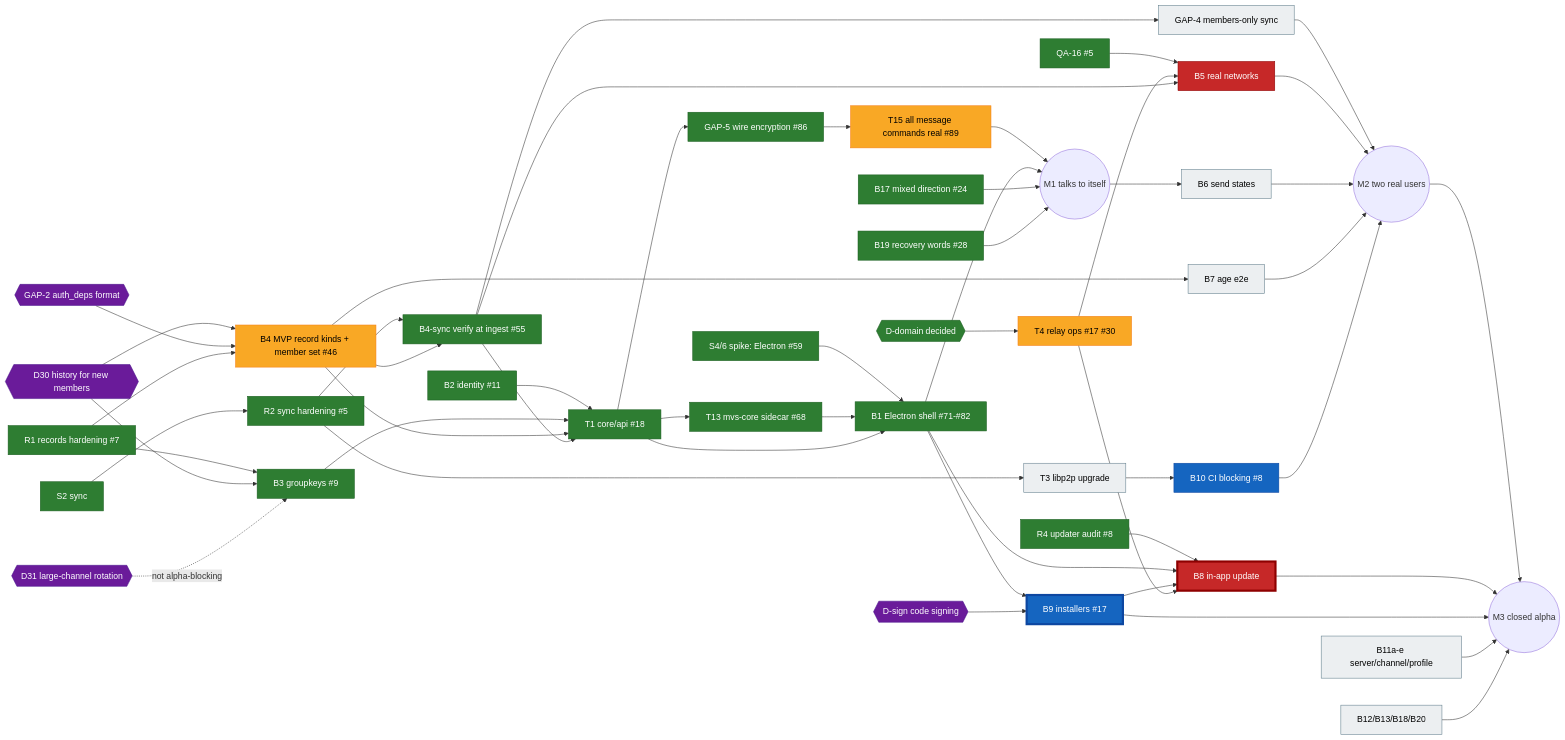
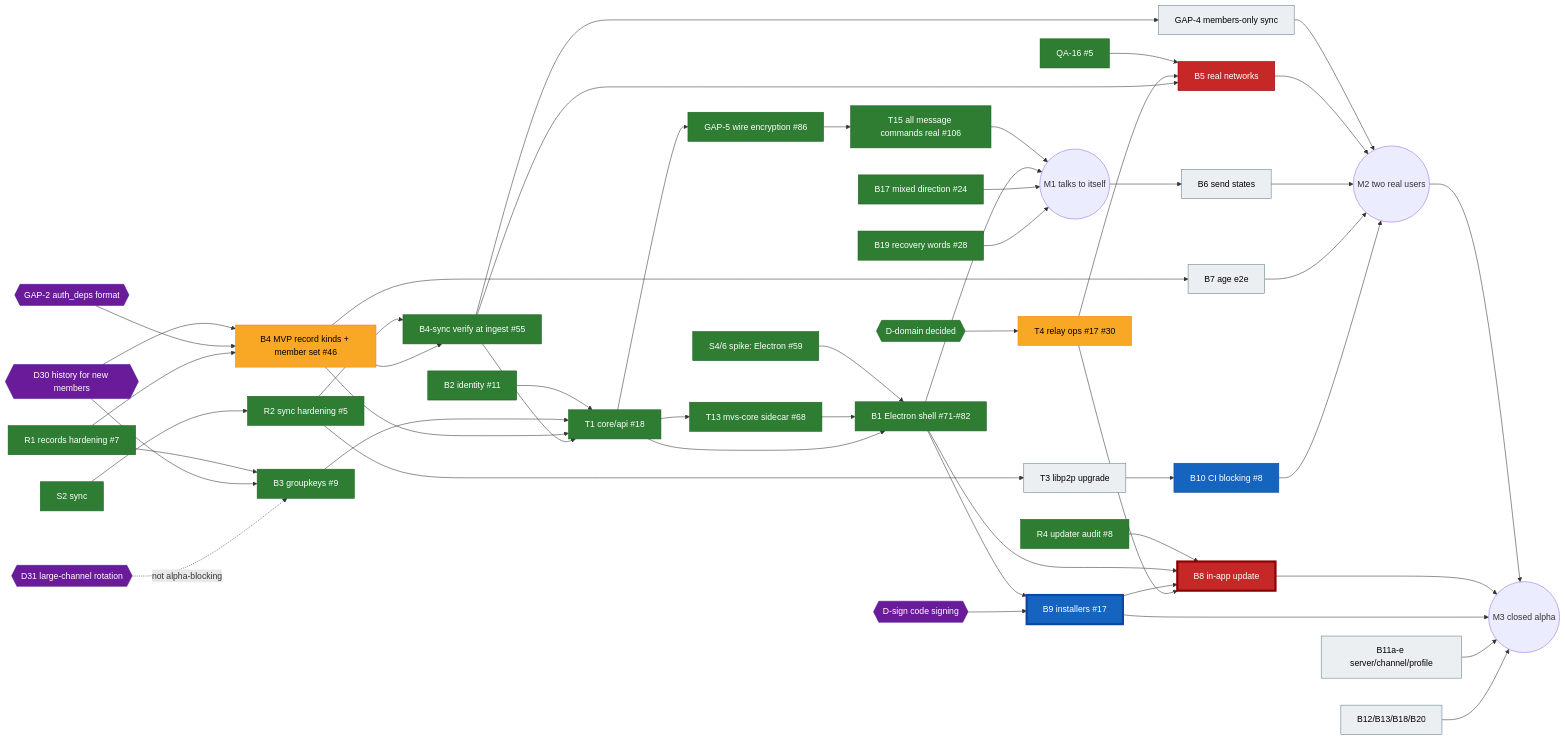
Before and after one commit to moranmoa/MVP: the diagram in docs/BOARD.md, drawn with Mermaid. The commit also changed other lines of this file, not shown here.

````diff
--- a/docs/BOARD.md
+++ b/docs/BOARD.md
@@ -178,61 +178,61 @@
 ```mermaid
 graph LR
   classDef done fill:#2e7d32,color:#fff,stroke:#1b5e20
   classDef review fill:#1565c0,color:#fff,stroke:#0d47a1
   classDef prog fill:#f9a825,color:#000,stroke:#f57f17
   classDef blocked fill:#c62828,color:#fff,stroke:#8e0000
   classDef todo fill:#eceff1,color:#000,stroke:#607d8b
   classDef decision fill:#6a1b9a,color:#fff,stroke:#4a148c
   classDef crit stroke-width:4px
 
   R1[R1 records hardening #7]:::done
   S2[S2 sync]:::done --> R2[R2 sync hardening #5]:::done
   B2[B2 identity #11]:::done
   R1 --> B3[B3 groupkeys #9]:::done
   D30{{D30 history for new members}}:::decision --> B3
   D30 --> B4
   D31{{D31 large-channel rotation}}:::decision -. not alpha-blocking .-> B3
   GAP2{{GAP-2 auth_deps format}}:::decision --> B4
   R1 --> B4[B4 MVP record kinds + member set #46]:::prog
   R2 --> B4S[B4-sync verify at ingest #55]:::done
   B4 --> B4S
   B2 --> T1[T1 core/api #18]:::done
   B3 --> T1
   B4 --> T1
   B4S --> T1
   T1 --> G5[GAP-5 wire encryption #86]:::done
   S46[S4/6 spike: Electron #59]:::done --> B1[B1 Electron shell #71-#82]:::done
   T1 --> T13[T13 mvs-core sidecar #68]:::done --> B1
   T1 --> B1
-  G5 --> T15[T15 all message commands real #89]:::prog --> M1((M1 talks to itself))
+  G5 --> T15[T15 all message commands real #106]:::done --> M1((M1 talks to itself))
   B1 --> M1
   B17[B17 mixed direction #24]:::done --> M1
   B19[B19 recovery words #28]:::done --> M1
 
   QA16[QA-16 #5]:::done --> B5
   DD{{D-domain decided}}:::done --> T4[T4 relay ops #17 #30]:::prog
   T4 --> B5[B5 real networks]:::blocked
   B4S --> G4[GAP-4 members-only sync]:::todo --> M2
   B4S --> B5
   M1 --> B6[B6 send states]:::todo
   B4 --> B7[B7 age e2e]:::todo
   B5 --> M2((M2 two real users))
   B6 --> M2
   B7 --> M2
   R2 --> T3[T3 libp2p upgrade]:::todo --> B10[B10 CI blocking #8]:::review
   B10 --> M2
 
   B1 --> B9[B9 installers #17]:::review
   DS{{D-sign code signing}}:::decision --> B9
   R4[R4 updater audit #8]:::done --> B8[B8 in-app update]:::blocked
   B1 --> B8
   B9 --> B8
   T4 --> B8
   M2 --> M3((M3 closed alpha))
   B8 --> M3
   B9 --> M3
   B11[B11a-e server/channel/profile]:::todo --> M3
   B12[B12/B13/B18/B20]:::todo --> M3
 
   class B9,B8 crit
 ```
````
